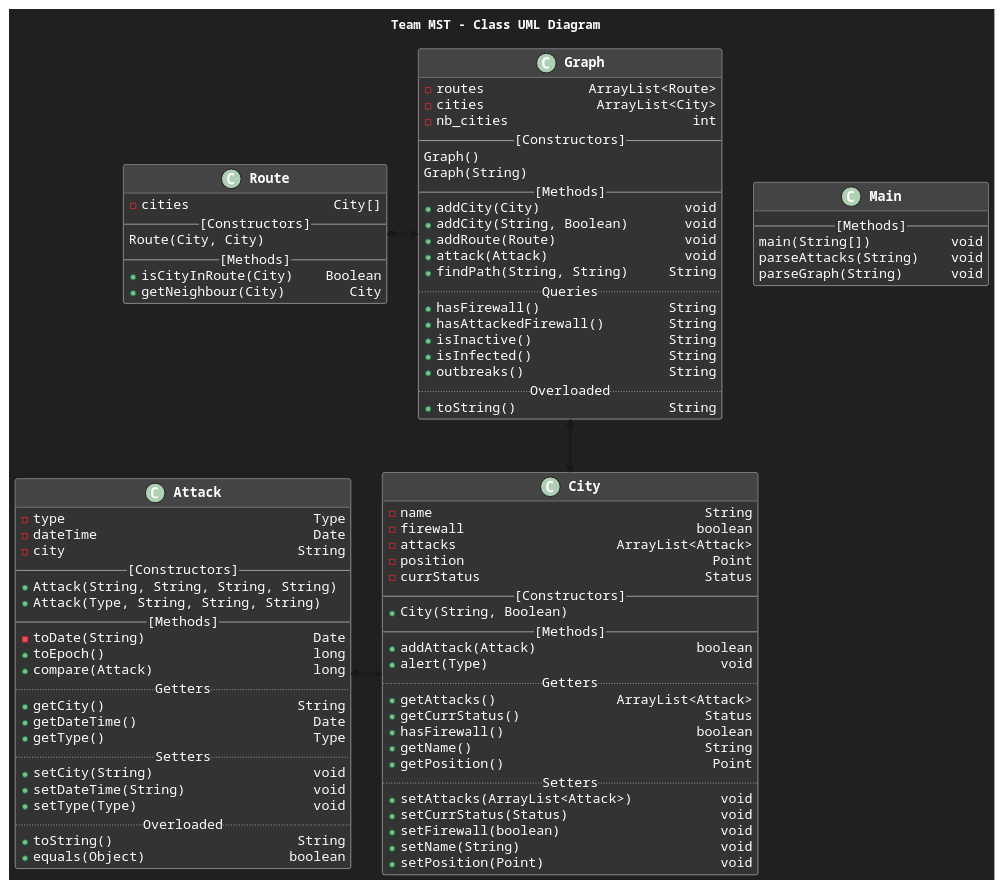
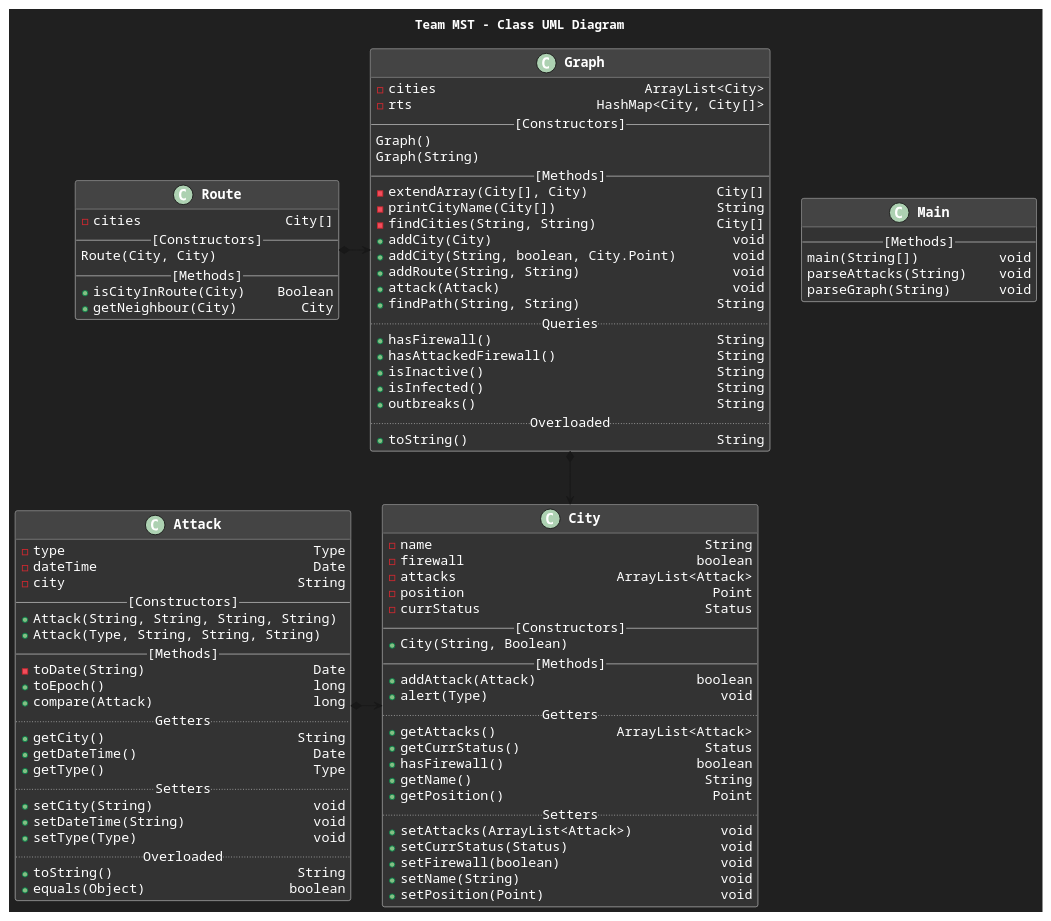
One commit to FusionStreak/MST_TermProject changed the diagram in structure.puml. Above: the diagram before and after it, drawn with PlantUML. The commit also changed 3 other files, not shown here.

First line of the commit message:
Added some logic to Graph

```diff
--- a/structure.puml
+++ b/structure.puml
@@ -1,112 +1,114 @@
 @startuml GeneralStructure
 
 skinparam{
     backgroundColor 202020
     defaultFontName Courier
     defaultFontColor white
 
     ClassBackgroundColor 333333
     ClassBorderColor AAAAAA
     ClassHeaderBackgroundColor 444444
     ClassFontSize 17
     ClassFontStyle bold
     ClassAttributeFontSize 15
 
     lineType orthogonal
 }
 
 title Team MST - Class UML Diagram
 
 
 class Attack {
   -type                               Type
   -dateTime                           Date
   -city                             String
   --[Constructors]--
   +Attack(String, String, String, String)
   +Attack(Type, String, String, String)
   --[Methods]--
   -toDate(String)                     Date
   +toEpoch()                          long
   +compare(Attack)                    long
   ..Getters..
   +getCity()                        String
   +getDateTime()                      Date
   +getType()                          Type
   ..Setters..
   +setCity(String)                    void
   +setDateTime(String)                void
   +setType(Type)                      void
   ..Overloaded..
   +toString()                       String
   +equals(Object)                  boolean
 }
 
 class City {
   -name                                  String
   -firewall                             boolean
   -attacks                    ArrayList<Attack>
   -position                               Point
   -currStatus                            Status
   --[Constructors]--
   +City(String, Boolean)
   --[Methods]--
   +addAttack(Attack)                    boolean
   +alert(Type)                             void
   ..Getters..
   +getAttacks()               ArrayList<Attack>
   +getCurrStatus()                       Status
   +hasFirewall()                        boolean
   +getName()                             String
   +getPosition()                          Point
   ..Setters..
   +setAttacks(ArrayList<Attack>)           void
   +setCurrStatus(Status)                   void
   +setFirewall(boolean)                    void
   +setName(String)                         void
   +setPosition(Point)                      void
 }
 
 class Graph {
-  -routes             ArrayList<Route>
-  -cities              ArrayList<City>
-  -nb_cities                       int
+  -cities                          ArrayList<City>
+  -rts                       HashMap<City, City[]>
   --[Constructors]--
   Graph()
   Graph(String)
   --[Methods]--
-  +addCity(City)                  void
-  +addCity(String, Boolean)       void
-  +addRoute(Route)                void
-  +attack(Attack)                 void
-  +findPath(String, String)     String
+  -extendArray(City[], City)                City[]
+  -printCityName(City[])                    String
+  -findCities(String, String)               City[]
+  +addCity(City)                              void
+  +addCity(String, boolean, City.Point)       void
+  +addRoute(String, String)                   void
+  +attack(Attack)                             void
+  +findPath(String, String)                 String
   ..Queries..
-  +hasFirewall()                String
-  +hasAttackedFirewall()        String
-  +isInactive()                 String
-  +isInfected()                 String
-  +outbreaks()                  String
+  +hasFirewall()                            String
+  +hasAttackedFirewall()                    String
+  +isInactive()                             String
+  +isInfected()                             String
+  +outbreaks()                              String
   ..Overloaded..
-  +toString()                   String
+  +toString()                               String
 }
 
 class Route {
   -cities                  City[]
   --[Constructors]--
   Route(City, City)
   --[Methods]--
   +isCityInRoute(City)    Boolean
   +getNeighbour(City)        City
 }
 
 class Main {
   --[Methods]--
   main(String[])          void
   parseAttacks(String)    void
   parseGraph(String)      void
 }
 
 City <--l--* Attack
 Graph *--> City
 Graph <-l-* Route
 @enduml
```
